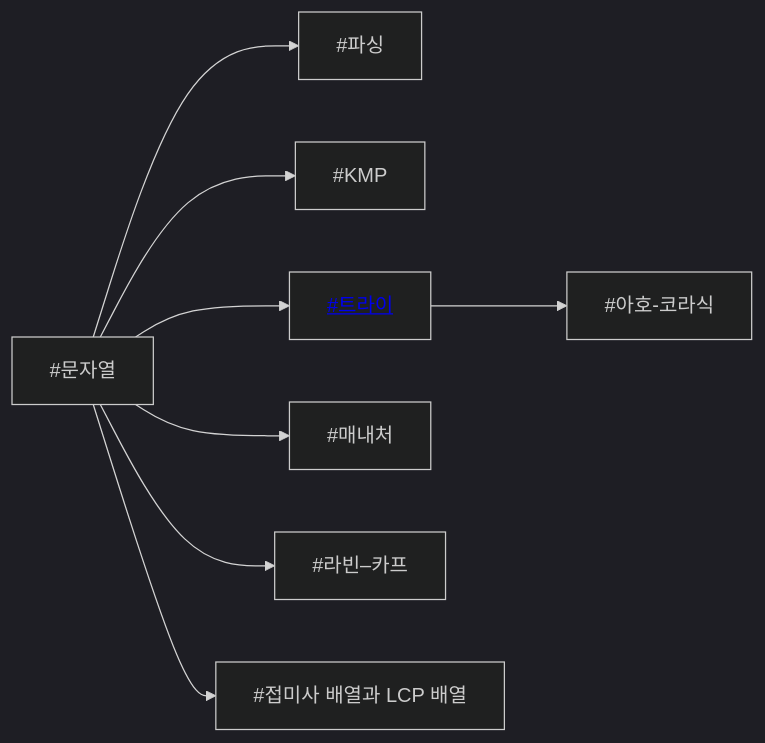
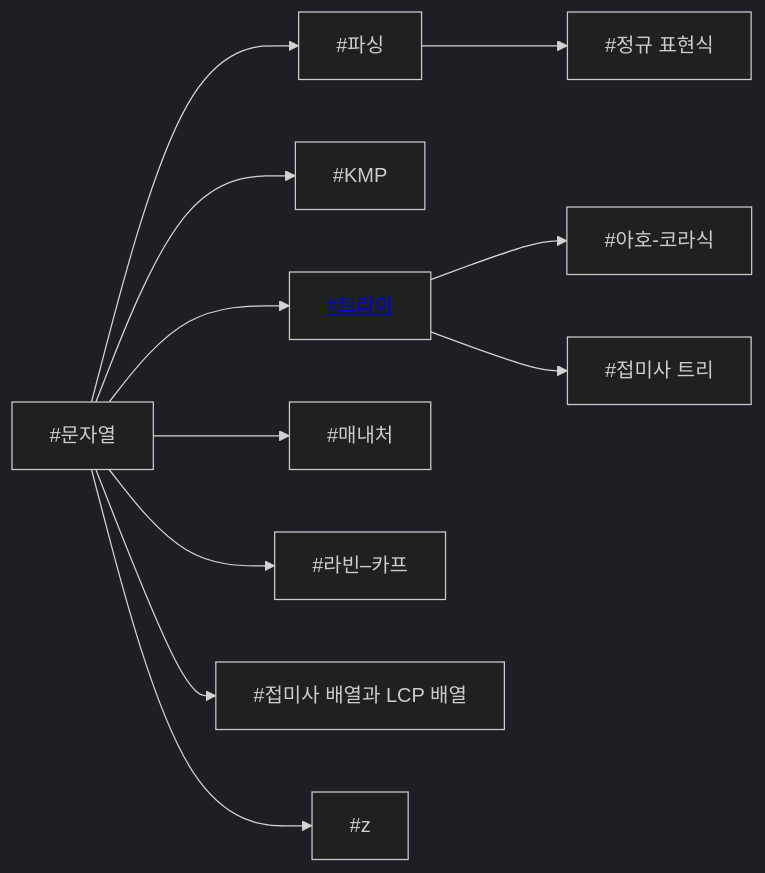
Before and after one commit to CHOYUNSIG/algorithm_with_boj: the sixth of 9 diagrams in index.md, drawn with Mermaid (dark theme). The commit also changed other lines of this file and 2 other files, not shown here.

```diff
--- a/index.md
+++ b/index.md
@@ -242,20 +211,26 @@
 <pre class="mermaid">
     graph LR
 
     #string --> #parsing
     #string --> #kmp
     #string --> #trie
     #string --> #manacher
     #string --> #rabin_karp
     #string --> #suffix_array
+    #string --> #z
+    #parsing --> #regex
     #trie --> #aho_corasick
+    #trie --> #suffix_tree
 
+    #kmp[#KMP]
+    #z[#z]
+    #rabin_karp[#라빈–카프]
+    #manacher[#매내처]
+    #string[#문자열]
     #aho_corasick[#아호-코라식]
-    #kmp[#KMP]
-    #manacher[#매내처]
+    #suffix_array[#접미사 배열과 LCP 배열]
+    #suffix_tree[#접미사 트리]
+    #regex[#정규 표현식]
+    #trie[<a href="post/2024/01/03/trie.html">#트라이</a>]
     #parsing[#파싱]
-    #rabin_karp[#라빈–카프]
-    #string[#문자열]
-    #suffix_array[#접미사 배열과 LCP 배열]
-    #trie[<a href="post/2024/01/03/trie.html">#트라이</a>]
 </pre>
```
